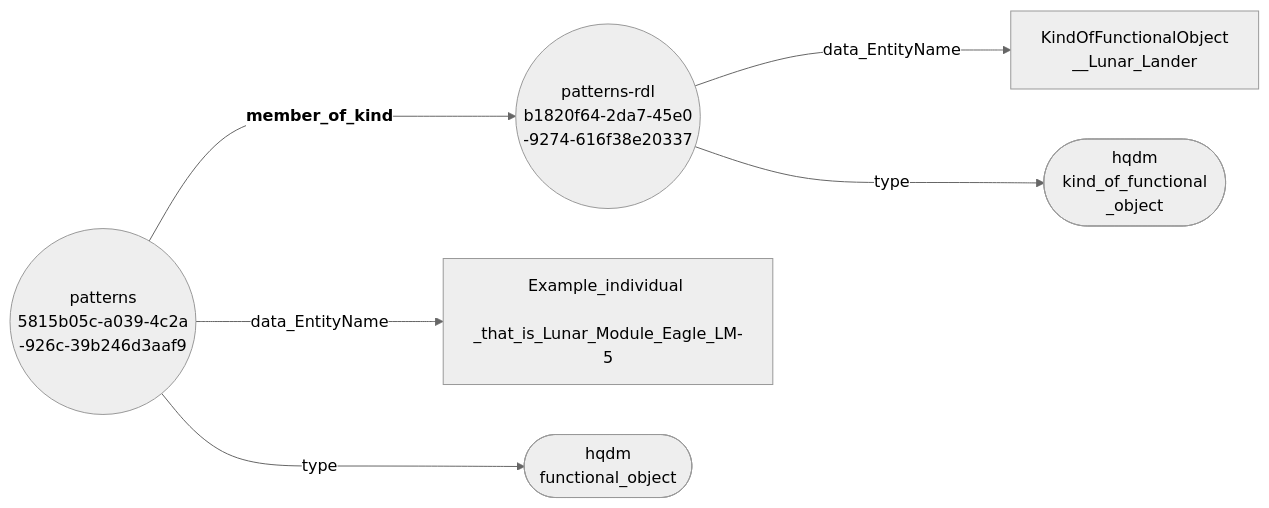
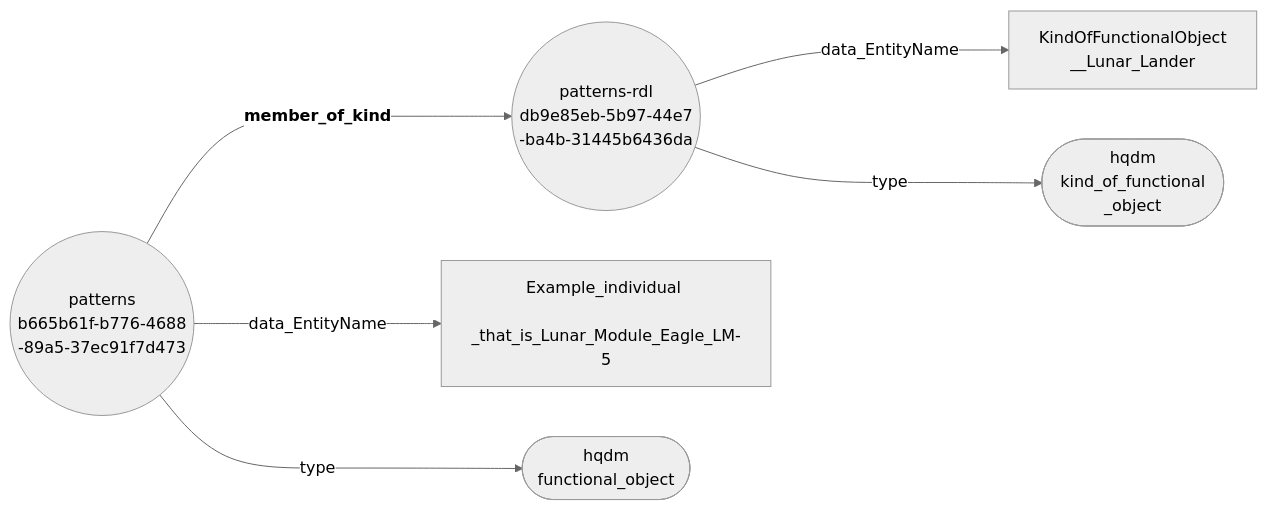
One commit to ClimbingAl/HqdmPatterns changed the diagram in docs/extras/example-files/member_of_kindNodeEdgeGraph.mermaid. Above: the diagram before and after it, drawn with Mermaid (neutral theme). The commit also changed 135 other files, not shown here.

````diff
--- a/docs/extras/example-files/member_of_kindNodeEdgeGraph.mermaid
+++ b/docs/extras/example-files/member_of_kindNodeEdgeGraph.mermaid
@@ -1,8 +1,8 @@
 ``` mermaid
 graph LR
-  5815b05c-a039-4c2a-926c-39b246d3aaf9(("patterns <br> 5815b05c-a039-4c2a <br> -926c-39b246d3aaf9"))--->|"<b> member_of_kind"|b1820f64-2da7-45e0-9274-616f38e20337(("patterns-rdl <br> b1820f64-2da7-45e0 <br> -9274-616f38e20337"));
-  5815b05c-a039-4c2a-926c-39b246d3aaf9(("patterns <br> 5815b05c-a039-4c2a <br> -926c-39b246d3aaf9"))--->|"data_EntityName"|Example_individual_that_is_Lunar_Module_Eagle_LM-5["Example_individual <br> _that_is_Lunar_Module_Eagle_LM-5"];
-  5815b05c-a039-4c2a-926c-39b246d3aaf9(("patterns <br> 5815b05c-a039-4c2a <br> -926c-39b246d3aaf9"))--->|"type"|functional_object(["hqdm <br> functional_object"]);
-  b1820f64-2da7-45e0-9274-616f38e20337(("patterns-rdl <br> b1820f64-2da7-45e0 <br> -9274-616f38e20337"))--->|"data_EntityName"|KindOfFunctionalObject__Lunar_Lander["KindOfFunctionalObject <br> __Lunar_Lander"];
-  b1820f64-2da7-45e0-9274-616f38e20337(("patterns-rdl <br> b1820f64-2da7-45e0 <br> -9274-616f38e20337"))--->|"type"|kind_of_functional_object(["hqdm <br> kind_of_functional <br> _object"]);
+  b665b61f-b776-4688-89a5-37ec91f7d473(("patterns <br> b665b61f-b776-4688 <br> -89a5-37ec91f7d473"))--->|"<b> member_of_kind"|db9e85eb-5b97-44e7-ba4b-31445b6436da(("patterns-rdl <br> db9e85eb-5b97-44e7 <br> -ba4b-31445b6436da"));
+  b665b61f-b776-4688-89a5-37ec91f7d473(("patterns <br> b665b61f-b776-4688 <br> -89a5-37ec91f7d473"))--->|"data_EntityName"|Example_individual_that_is_Lunar_Module_Eagle_LM-5["Example_individual <br> _that_is_Lunar_Module_Eagle_LM-5"];
+  b665b61f-b776-4688-89a5-37ec91f7d473(("patterns <br> b665b61f-b776-4688 <br> -89a5-37ec91f7d473"))--->|"type"|functional_object(["hqdm <br> functional_object"]);
+  db9e85eb-5b97-44e7-ba4b-31445b6436da(("patterns-rdl <br> db9e85eb-5b97-44e7 <br> -ba4b-31445b6436da"))--->|"data_EntityName"|KindOfFunctionalObject__Lunar_Lander["KindOfFunctionalObject <br> __Lunar_Lander"];
+  db9e85eb-5b97-44e7-ba4b-31445b6436da(("patterns-rdl <br> db9e85eb-5b97-44e7 <br> -ba4b-31445b6436da"))--->|"type"|kind_of_functional_object(["hqdm <br> kind_of_functional <br> _object"]);
 ```
````
